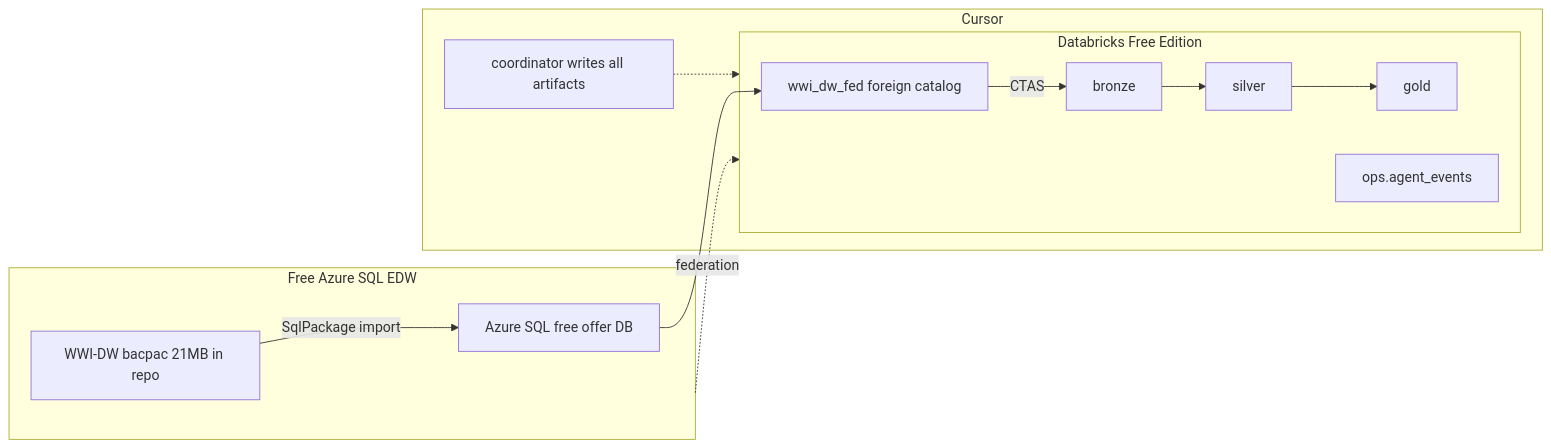
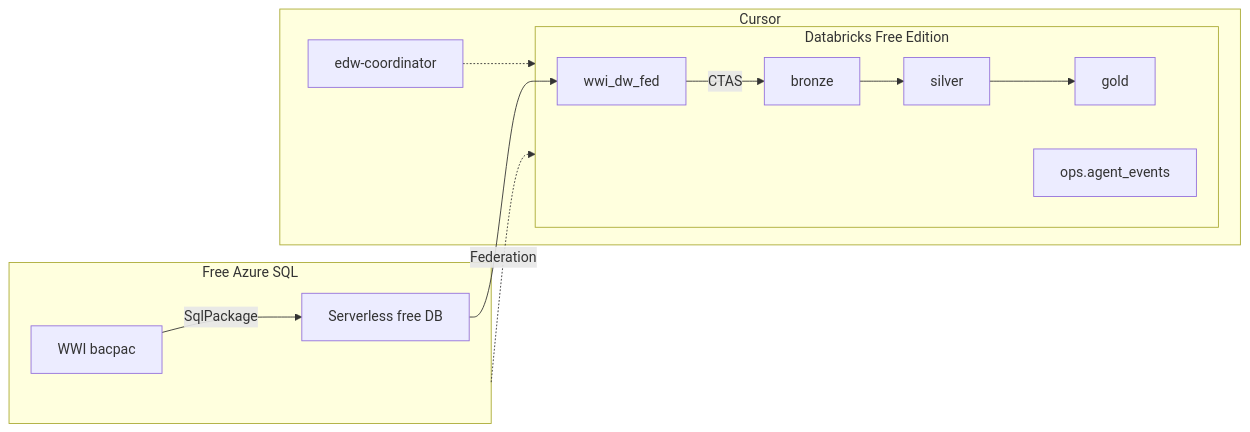
One commit to Jericho2010/edwmigration changed the diagram in README.md. Above: the diagram before and after it, drawn with Mermaid. The commit also changed other lines of this file and 24 other files, not shown here.

````diff
--- a/README.md
+++ b/README.md
@@ -30,24 +34,24 @@
 ```mermaid
 flowchart LR
-  subgraph azure [Free Azure SQL EDW]
-    Bacpac[WWI-DW bacpac 21MB in repo]
-    FreeDB[Azure SQL free offer DB]
-    Bacpac -->|SqlPackage import| FreeDB
+  subgraph azure [Free Azure SQL]
+    Bacpac[WWI bacpac]
+    FreeDB[Serverless free DB]
+    Bacpac -->|SqlPackage| FreeDB
   end
   subgraph dbx [Databricks Free Edition]
-    Fed[wwi_dw_fed foreign catalog]
+    Fed[wwi_dw_fed]
     Bronze[bronze]
     Silver[silver]
     Gold[gold]
     Ops[ops.agent_events]
     FreeDB --> Fed
     Fed -->|CTAS| Bronze
     Bronze --> Silver
     Silver --> Gold
   end
   subgraph cursor [Cursor]
-    Coord[coordinator writes all artifacts]
+    Coord[edw-coordinator]
     Coord -.-> dbx
   end
-  azure -.federation.-> dbx
+  azure -.Federation.-> dbx
 ```
````
